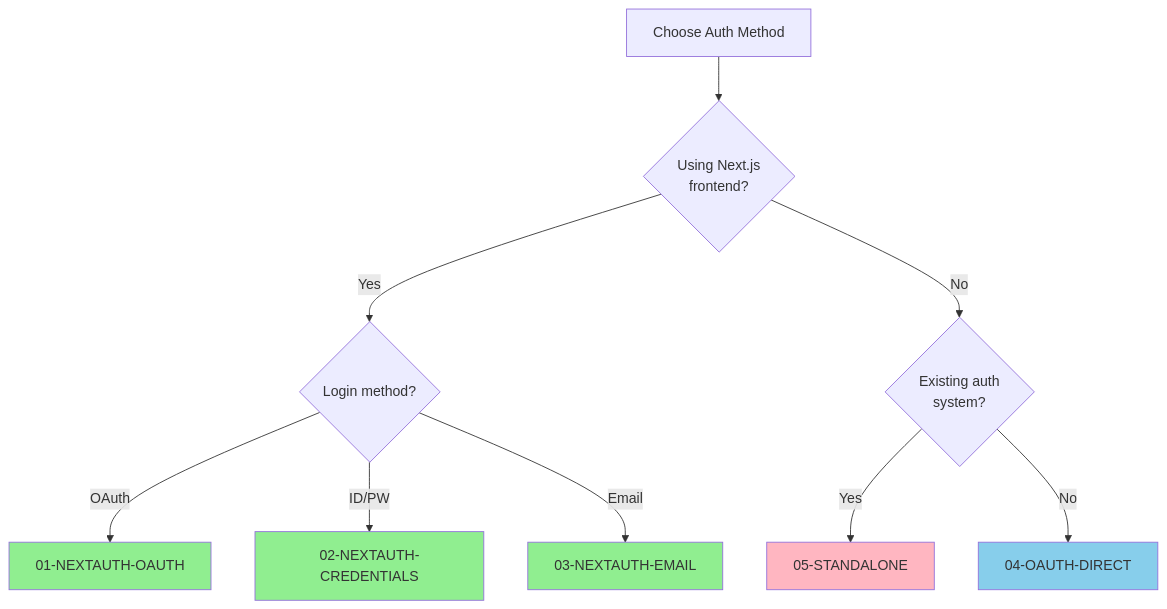
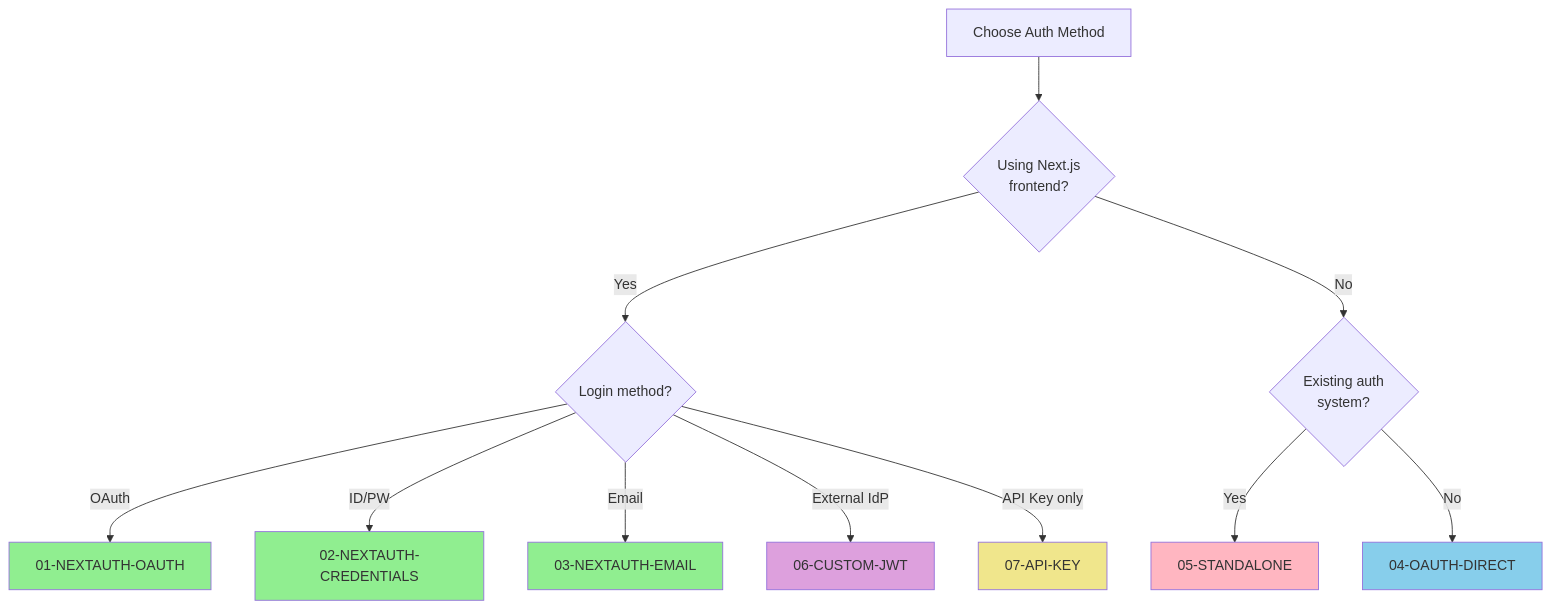
The fourth of 4 diagrams in docs/00-OVERVIEW.md (braincrew-lab/langgraph-chat-ui), drawn with Mermaid before and after one commit. The commit also changed other lines of this file and 37 other files, not shown here.

First line of the commit message:
feat: add custom-jwt and api-key auth modes (#43)

````diff
--- a/docs/00-OVERVIEW.md
+++ b/docs/00-OVERVIEW.md
@@ -113,20 +116,24 @@
 ```mermaid
 flowchart TD
     Start[Choose Auth Method] --> Q1{Using Next.js<br/>frontend?}
 
     Q1 -->|Yes| Q2{Login method?}
     Q1 -->|No| Q3{Existing auth<br/>system?}
 
     Q2 -->|OAuth| A1[01-NEXTAUTH-OAUTH]
     Q2 -->|ID/PW| A2[02-NEXTAUTH-CREDENTIALS]
     Q2 -->|Email| A3[03-NEXTAUTH-EMAIL]
+    Q2 -->|External IdP| A6[06-CUSTOM-JWT]
+    Q2 -->|API Key only| A7[07-API-KEY]
 
     Q3 -->|Yes| A5[05-STANDALONE]
     Q3 -->|No| A4[04-OAUTH-DIRECT]
 
     style A1 fill:#90EE90
     style A2 fill:#90EE90
     style A3 fill:#90EE90
     style A4 fill:#87CEEB
     style A5 fill:#FFB6C1
+    style A6 fill:#DDA0DD
+    style A7 fill:#F0E68C
 ```
````
